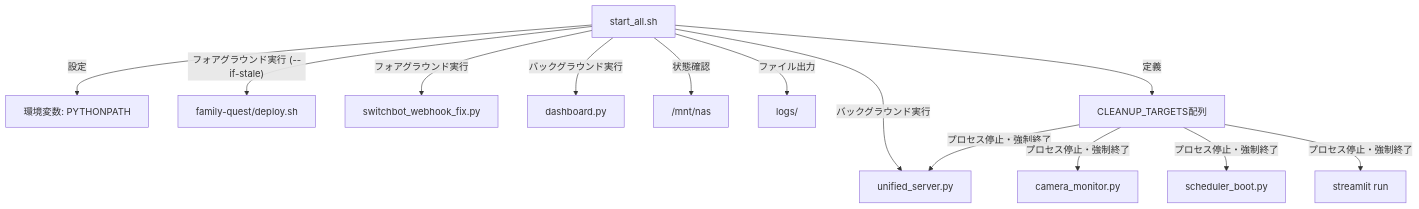
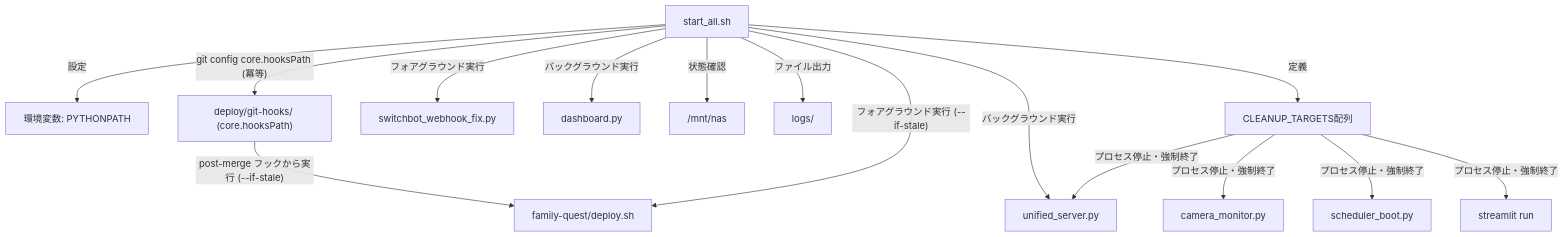
One commit to mmtigers/my_python_project changed the second of 2 diagrams in docs/specifications/MY_HOME_SYSTEM/start_all.md. Above: the diagram before and after it, drawn with Mermaid. The commit also changed other lines of this file and 19 other files, not shown here.

````diff
--- a/docs/specifications/MY_HOME_SYSTEM/start_all.md
+++ b/docs/specifications/MY_HOME_SYSTEM/start_all.md
@@ -219,29 +245,32 @@
 ```mermaid
 graph TD
     start_all["start_all.sh"]
     PYTHONPATH["環境変数: PYTHONPATH"]
     QuestDeploy["family-quest/deploy.sh"]
+    GitHooks["deploy/git-hooks/ (core.hooksPath)"]
     WebhookFix["switchbot_webhook_fix.py"]
     Server["unified_server.py"]
     Dashboard["dashboard.py"]
     NAS["/mnt/nas"]
     Logs["logs/"]
     Targets["CLEANUP_TARGETS配列"]
     Proc1["camera_monitor.py"]
     Proc3["scheduler_boot.py"]
     Proc4["streamlit run"]
 
     start_all -->|設定| PYTHONPATH
+    start_all -->|"git config core.hooksPath (冪等)"| GitHooks
+    GitHooks -->|"post-merge フックから実行 (--if-stale)"| QuestDeploy
     start_all -->|"フォアグラウンド実行 (--if-stale)"| QuestDeploy
     start_all -->|フォアグラウンド実行| WebhookFix
     start_all -->|バックグラウンド実行| Server
     start_all -->|バックグラウンド実行| Dashboard
     start_all -->|状態確認| NAS
     start_all -->|ファイル出力| Logs
     start_all -->|定義| Targets
     Targets -->|プロセス停止・強制終了| Server
     Targets -->|プロセス停止・強制終了| Proc1
     Targets -->|プロセス停止・強制終了| Proc3
     Targets -->|プロセス停止・強制終了| Proc4
 
 ```
````
